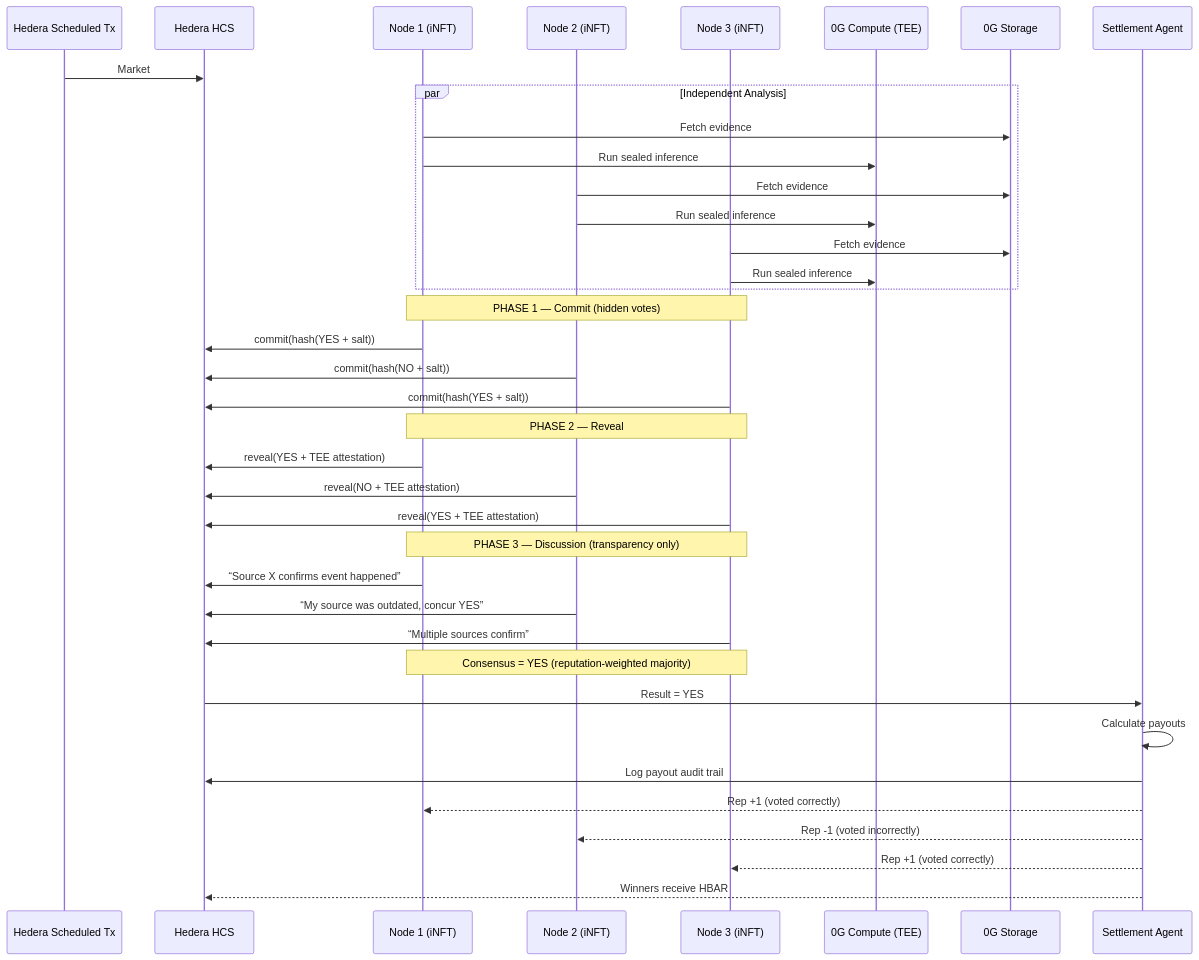
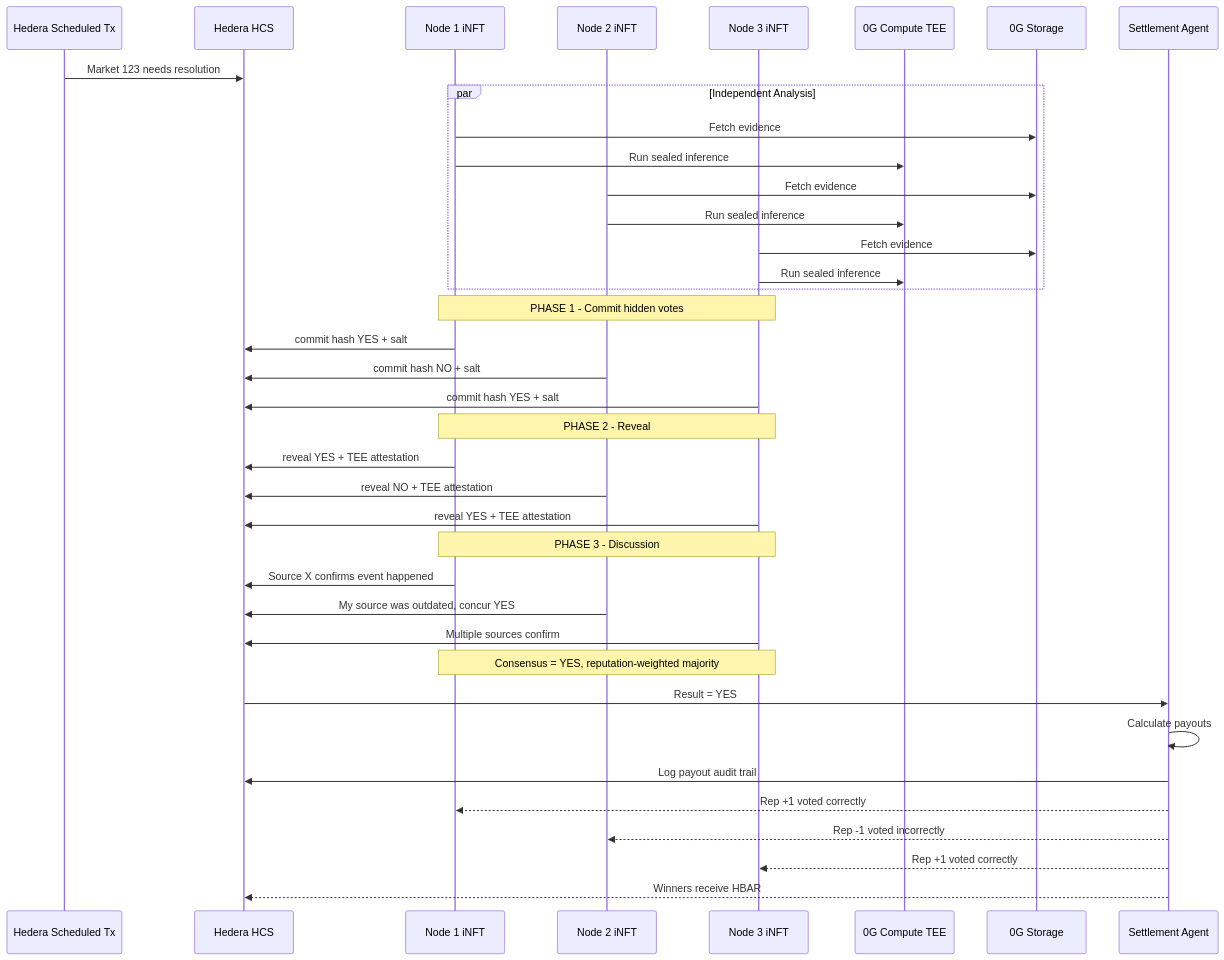
The fourth of 8 diagrams in README.md (derek2403/cannes2026), drawn with Mermaid before and after one commit. The commit also changed other lines of this file, not shown here.

````diff
--- a/README.md
+++ b/README.md
@@ -385,47 +378,47 @@
 ```mermaid
 sequenceDiagram
     participant HST as Hedera Scheduled Tx
     participant HCS as Hedera HCS
-    participant N1 as Node 1 (iNFT)
-    participant N2 as Node 2 (iNFT)
-    participant N3 as Node 3 (iNFT)
-    participant OGC as 0G Compute (TEE)
+    participant N1 as Node 1 iNFT
+    participant N2 as Node 2 iNFT
+    participant N3 as Node 3 iNFT
+    participant OGC as 0G Compute TEE
     participant OGS as 0G Storage
     participant SA as Settlement Agent
 
-    HST->>HCS: Market #123 needs resolution
+    HST->>HCS: Market 123 needs resolution
 
     par Independent Analysis
         N1->>OGS: Fetch evidence
         N1->>OGC: Run sealed inference
         N2->>OGS: Fetch evidence
         N2->>OGC: Run sealed inference
         N3->>OGS: Fetch evidence
         N3->>OGC: Run sealed inference
     end
 
-    Note over N1,N3: PHASE 1 — Commit (hidden votes)
-    N1->>HCS: commit(hash(YES + salt))
-    N2->>HCS: commit(hash(NO + salt))
-    N3->>HCS: commit(hash(YES + salt))
+    Note over N1,N3: PHASE 1 - Commit hidden votes
+    N1->>HCS: commit hash YES + salt
+    N2->>HCS: commit hash NO + salt
+    N3->>HCS: commit hash YES + salt
 
-    Note over N1,N3: PHASE 2 — Reveal
-    N1->>HCS: reveal(YES + TEE attestation)
-    N2->>HCS: reveal(NO + TEE attestation)
-    N3->>HCS: reveal(YES + TEE attestation)
+    Note over N1,N3: PHASE 2 - Reveal
+    N1->>HCS: reveal YES + TEE attestation
+    N2->>HCS: reveal NO + TEE attestation
+    N3->>HCS: reveal YES + TEE attestation
 
-    Note over N1,N3: PHASE 3 — Discussion (transparency only)
-    N1->>HCS: “Source X confirms event happened”
-    N2->>HCS: “My source was outdated, concur YES”
-    N3->>HCS: “Multiple sources confirm”
+    Note over N1,N3: PHASE 3 - Discussion
+    N1->>HCS: Source X confirms event happened
+    N2->>HCS: My source was outdated, concur YES
+    N3->>HCS: Multiple sources confirm
 
-    Note over N1,N3: Consensus = YES (reputation-weighted majority)
+    Note over N1,N3: Consensus = YES, reputation-weighted majority
 
     HCS->>SA: Result = YES
     SA->>SA: Calculate payouts
     SA->>HCS: Log payout audit trail
-    SA-->>N1: Rep +1 (voted correctly)
-    SA-->>N2: Rep -1 (voted incorrectly)
-    SA-->>N3: Rep +1 (voted correctly)
+    SA-->>N1: Rep +1 voted correctly
+    SA-->>N2: Rep -1 voted incorrectly
+    SA-->>N3: Rep +1 voted correctly
     SA-->>HCS: Winners receive HBAR
 ```
````
